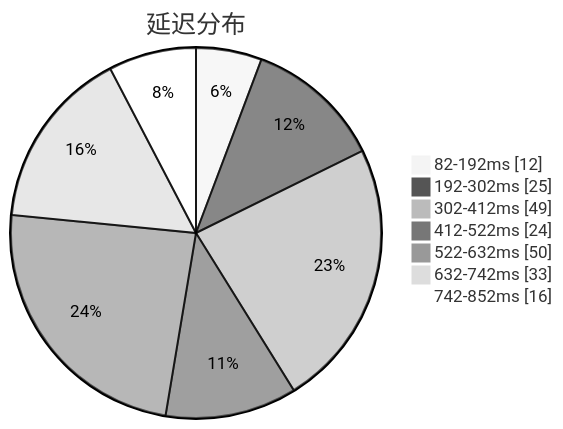
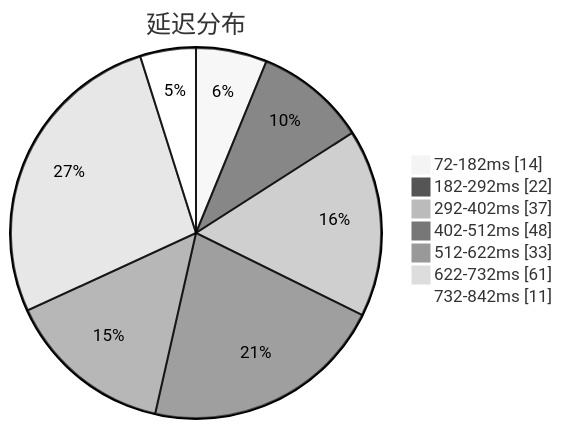
Before and after one commit to sinspired/airport: the first of 3 diagrams in subs/statistics/tested_within.md, drawn with Mermaid (neutral theme). The commit also changed other lines of this file and 2 other files, not shown here.

````diff
--- a/subs/statistics/tested_within.md
+++ b/subs/statistics/tested_within.md
@@ -2,11 +2,11 @@
 ```mermaid
 pie showData
 title 延迟分布
-"82-192ms" : 12
-"192-302ms" : 25
-"302-412ms" : 49
-"412-522ms" : 24
-"522-632ms" : 50
-"632-742ms" : 33
-"742-852ms" : 16
+"72-182ms" : 14
+"182-292ms" : 22
+"292-402ms" : 37
+"402-512ms" : 48
+"512-622ms" : 33
+"622-732ms" : 61
+"732-842ms" : 11
 ```
````
